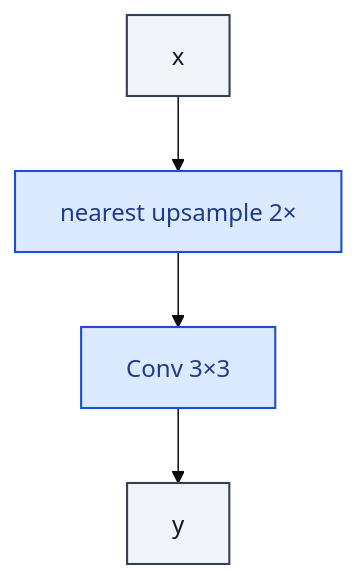
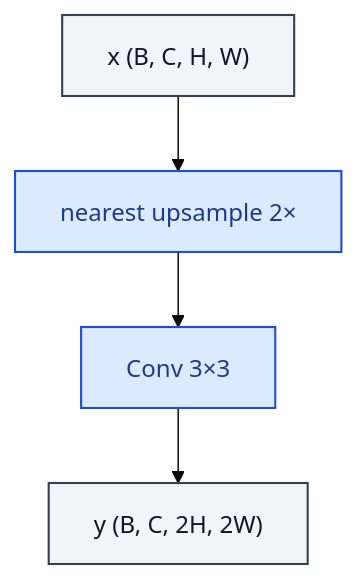
One commit to RealityShifts/Srivastava-book-of-Blocks-diagrams changed the diagram in unet_diffusion/UpsampleBlock.md. Above: the diagram before and after it, drawn with Mermaid (base theme). The commit also changed 123 other files, not shown here.

````diff
--- a/unet_diffusion/UpsampleBlock.md
+++ b/unet_diffusion/UpsampleBlock.md
@@ -7,19 +7,20 @@
 ```mermaid
 flowchart TD
-    n0_0["x"]:::io
+    n0_0["x  (B, C, H, W)"]:::io
     n1_0["nearest upsample 2×"]:::op
     n2_0["Conv 3×3"]:::op
-    n3_0["y"]:::io
+    n3_0["y  (B, C, 2H, 2W)"]:::io
     n0_0 --> n1_0
     n1_0 --> n2_0
     n2_0 --> n3_0
     classDef io fill:#f1f5f9,stroke:#334155,stroke-width:1.4px,color:#0f172a
     classDef op fill:#dbeafe,stroke:#1d4ed8,stroke-width:1.4px,color:#1e3a8a
     classDef norm fill:#dcfce7,stroke:#15803d,stroke-width:1.4px,color:#14532d
     classDef act fill:#ffedd5,stroke:#c2410c,stroke-width:1.4px,color:#7c2d12
     classDef attn fill:#ede9fe,stroke:#6d28d9,stroke-width:1.4px,color:#4c1d95
     classDef merge fill:#fef3c7,stroke:#b45309,stroke-width:1.4px,color:#78350f
     classDef emb fill:#fef9c3,stroke:#a16207,stroke-width:1.4px,color:#713f12
     classDef loss fill:#fee2e2,stroke:#b91c1c,stroke-width:1.4px,color:#7f1d1d
     classDef ctrl fill:#f5f5f4,stroke:#52525b,stroke-width:1.4px,color:#27272a
+    classDef ref fill:#e0f2fe,stroke:#0369a1,stroke-width:2px,color:#0c4a6e,stroke-dasharray: 4 2
 ```
````
